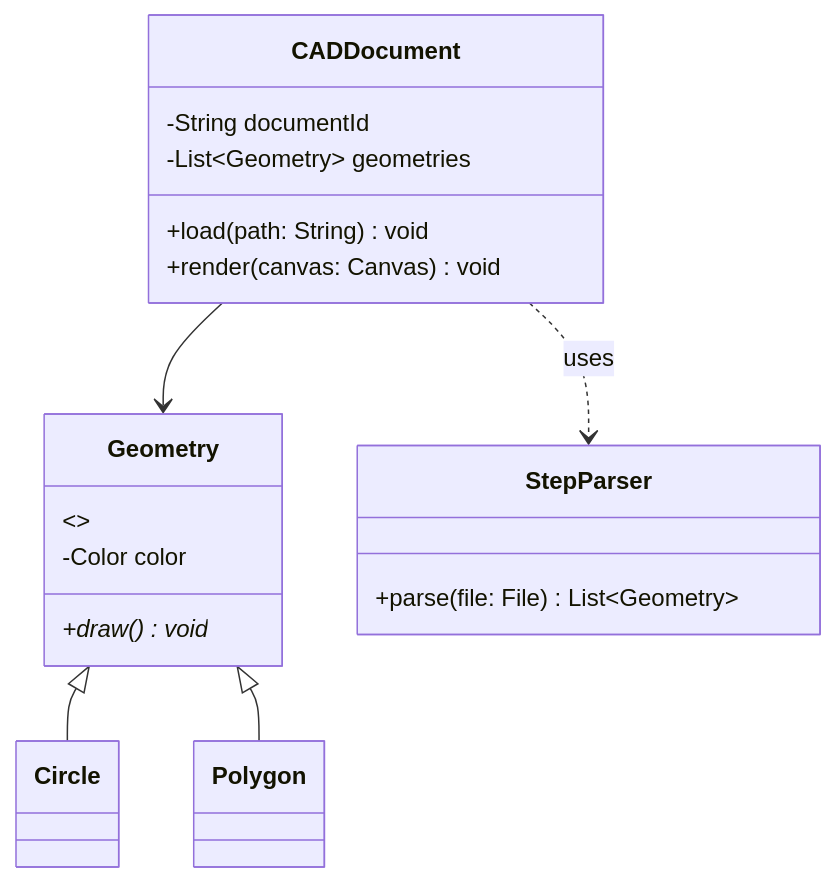
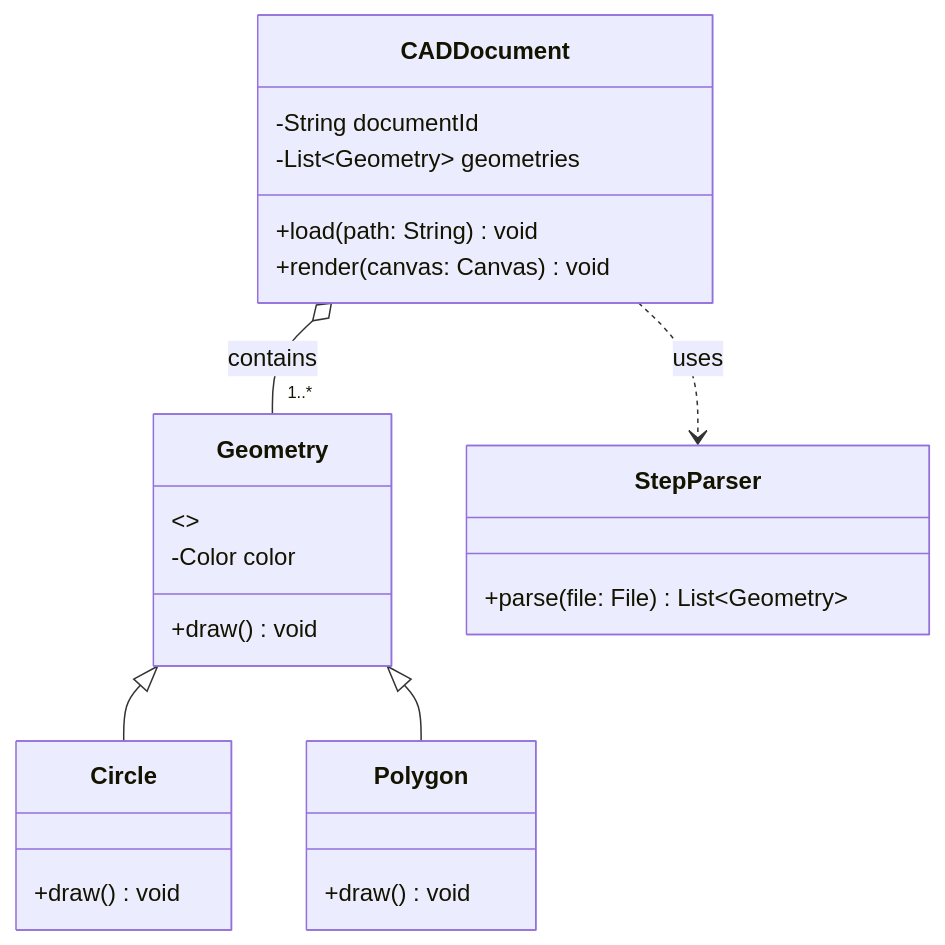
One commit to bettermorn/IntelligentSWEPractice changed the sixth of 12 diagrams in courseware/iswep.md. Above: the diagram before and after it, drawn with Mermaid. The commit also changed other lines of this file, not shown here.

Commit message:
Refactor mermaid diagrams to include Chinese labels

````diff
--- a/courseware/iswep.md
+++ b/courseware/iswep.md
@@ -361,21 +404,32 @@
 ```mermaid
 classDiagram
     class CADDocument {
         -String documentId
         -List~Geometry~ geometries
         +load(path: String) void
         +render(canvas: Canvas) void
     }
+
     class Geometry {
         <>
         -Color color
-        +draw() void*
+        +draw() void
     }
+
+    class Circle {
+        +draw() void
+    }
+
+    class Polygon {
+        +draw() void
+    }
+
     class StepParser {
         +parse(file: File) List~Geometry~
     }
-    CADDocument --> Geometry
+
+    CADDocument o-- "1..*" Geometry : contains
     CADDocument ..> StepParser : uses
     Geometry <|-- Circle
     Geometry <|-- Polygon
 ```
````
